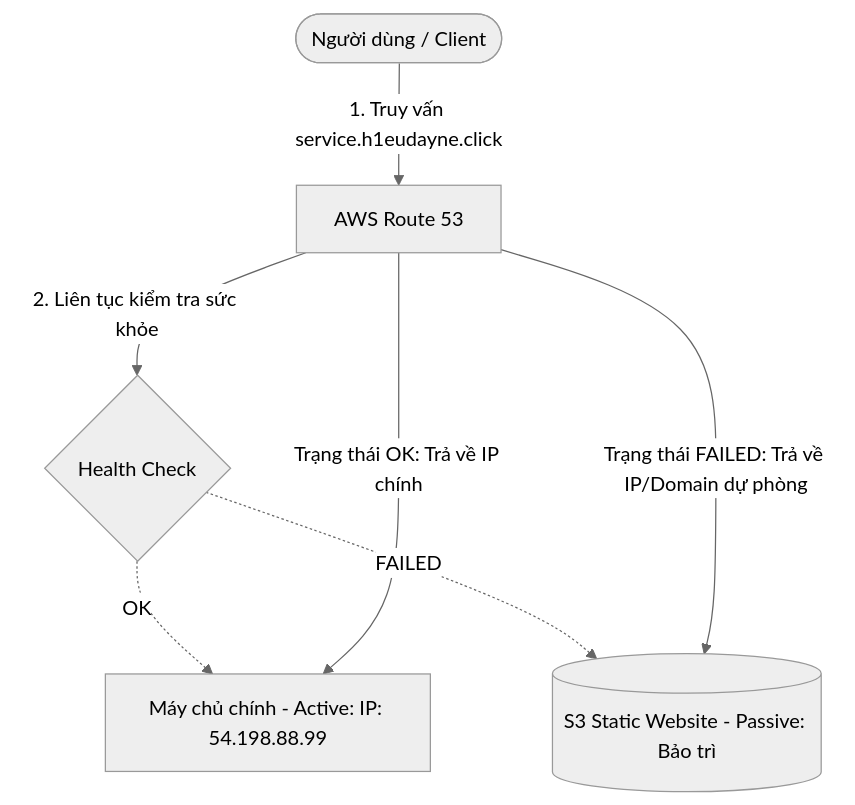
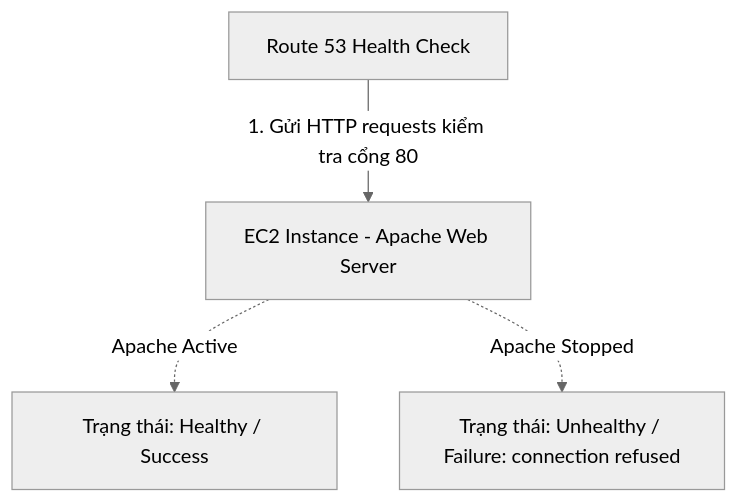
One commit to L1nkinPark/devops-ci-cd-templates changed the diagram in cloud/aws/lab/11. Route 53/4. Lab 4 - Route 53 Health Check/4. Lab 4 - Route 53 Health Check.md. Above: the diagram before and after it, drawn with Mermaid (neutral theme). The commit also changed other lines of this file and 9 other files, not shown here.

Commit message:
docs(route53): update Lab 4 Route 53 Health Check with real screenshots and steps

````diff
--- a/cloud/aws/lab/11. Route 53/4. Lab 4 - Route 53 Health Check/4. Lab 4 - Route 53 Health Check.md
+++ b/cloud/aws/lab/11. Route 53/4. Lab 4 - Route 53 Health Check/4. Lab 4 - Route 53 Health Check.md
@@ -6,10 +6,6 @@
 ```mermaid
 graph TD
-    Client([Người dùng / Client]) -->|1. Truy vấn service.h1eudayne.click| R53[AWS Route 53]
-    R53 -->|2. Liên tục kiểm tra sức khỏe| HC{Health Check}
-    HC -.->|OK| EC2_Main[Máy chủ chính - Active: IP: 54.198.88.99]
-    HC -.->|FAILED| S3_Backup[(S3 Static Website - Passive: Bảo trì)]
-    
-    R53 -->|Trạng thái OK: Trả về IP chính| EC2_Main
-    R53 -->|Trạng thái FAILED: Trả về IP/Domain dự phòng| S3_Backup
+    R53_HC[Route 53 Health Check] -->|1. Gửi HTTP requests kiểm tra cổng 80| EC2[EC2 Instance - Apache Web Server]
+    EC2 -.->|Apache Active| R53_HC_Success[Trạng thái: Healthy / Success]
+    EC2 -.->|Apache Stopped| R53_HC_Fail[Trạng thái: Unhealthy / Failure: connection refused]
 ```
````
